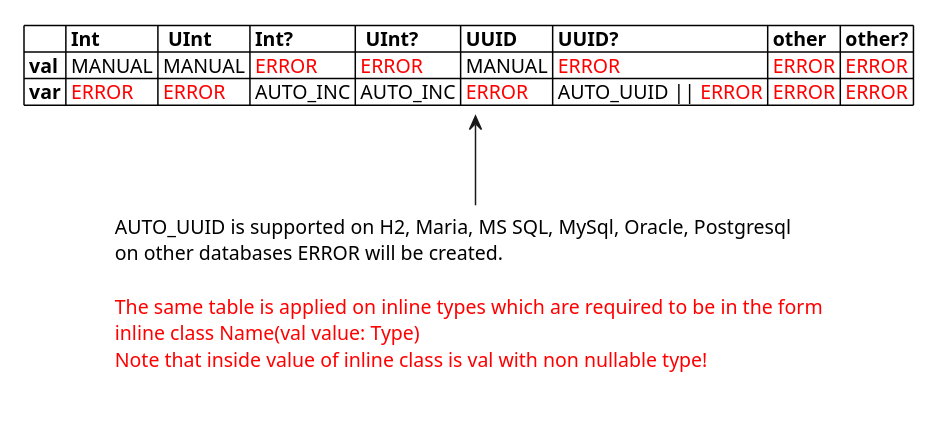
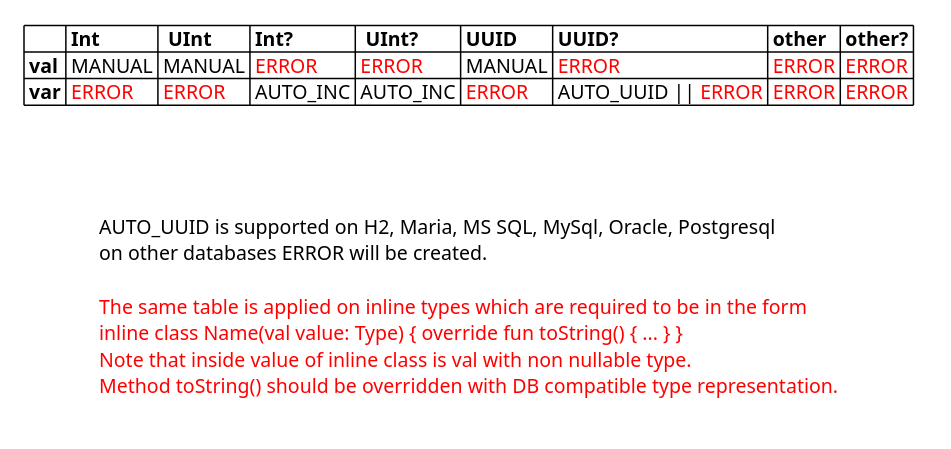
One commit to urosjarc/db-messiah changed the diagram in specs/constraints/PRIMARY_KEY.puml. Above: the diagram before and after it, drawn with PlantUML. The commit also changed 1 other file, not shown here.

```diff
--- a/specs/constraints/PRIMARY_KEY.puml
+++ b/specs/constraints/PRIMARY_KEY.puml
@@ -1,27 +1,28 @@
 @startuml
 <style>
 
 note {
     backgroundcolor white
     shadowing 0
     linecolor transparent
 }
 </style>
 note as Customer
  |=     |= Int   |=  UInt |= Int? |=  UInt? |= UUID |= UUID? |= other |= other? |
  |= val | MANUAL | MANUAL | <color:red>ERROR | <color:red>ERROR | MANUAL | <color:red>ERROR | <color:red>ERROR | <color:red>ERROR |
  |= var | <color:red>ERROR | <color:red>ERROR | AUTO_INC | AUTO_INC | <color:red>ERROR | AUTO_UUID \|\| <color:red>ERROR | <color:red>ERROR | <color:red>ERROR |
 end note
 
 note as Test
     AUTO_UUID is supported on H2, Maria, MS SQL, MySql, Oracle, Postgresql
     on other databases ERROR will be created.
 
     <color:red>The same table is applied on inline types which are required to be in the form
-    <color:red>inline class Name(val value: Type)
-    <color:red>Note that inside value of inline class is val with non nullable type!
+    <color:red>inline class Name(val value: Type) { override fun toString() { ... } }
+    <color:red>Note that inside value of inline class is val with non nullable type.
+    <color:red>Method toString() should be overridden with DB compatible type representation.
 
 end note
 
-Test -up-> Customer
+Customer -[hidden]-> Test
 @enduml
```
